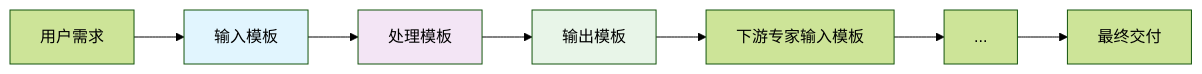
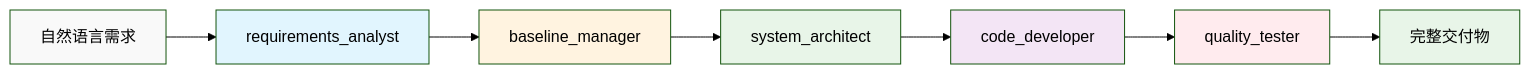
Before and after one commit to kyne0116/JeecgBoot: the first of 2 diagrams in ContextDev/README.md, drawn with Mermaid (forest theme). The commit also changed other lines of this file and 49 other files, not shown here.

````diff
--- a/ContextDev/README.md
+++ b/ContextDev/README.md
@@ -197,13 +59,17 @@
 ```mermaid
 graph LR
-    A[用户需求] --> B[输入模板]
-    B --> C[处理模板]
-    C --> D[输出模板]
-    D --> E[下游专家输入模板]
-    E --> F[...]
-    F --> G[最终交付]
+    A[自然语言需求] --> B[requirements_analyst]
+    B --> C[baseline_manager]
+    C --> D[system_architect]
+    D --> E[code_developer]
+    E --> F[quality_tester]
+    F --> G[完整交付物]
     
+    style A fill:#f9f9f9
     style B fill:#e1f5fe
-    style C fill:#f3e5f5
+    style C fill:#fff3e0
     style D fill:#e8f5e8
+    style E fill:#f3e5f5
+    style F fill:#ffebee
+    style G fill:#e8f5e8
 ```
````
